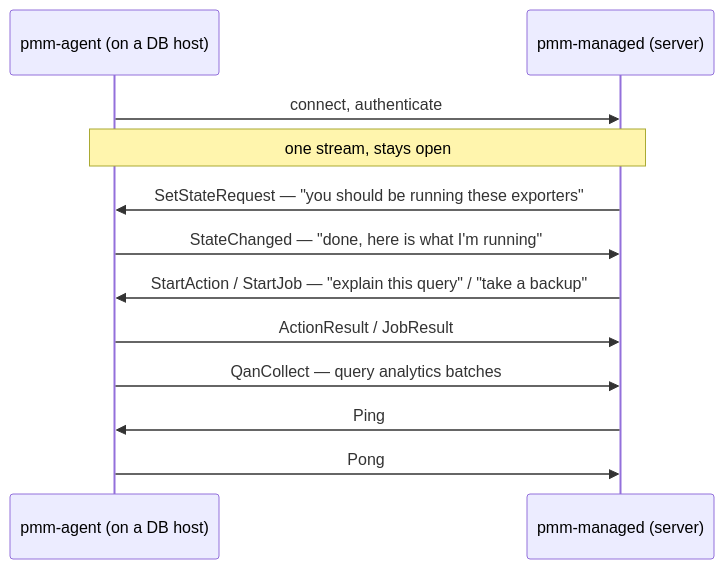
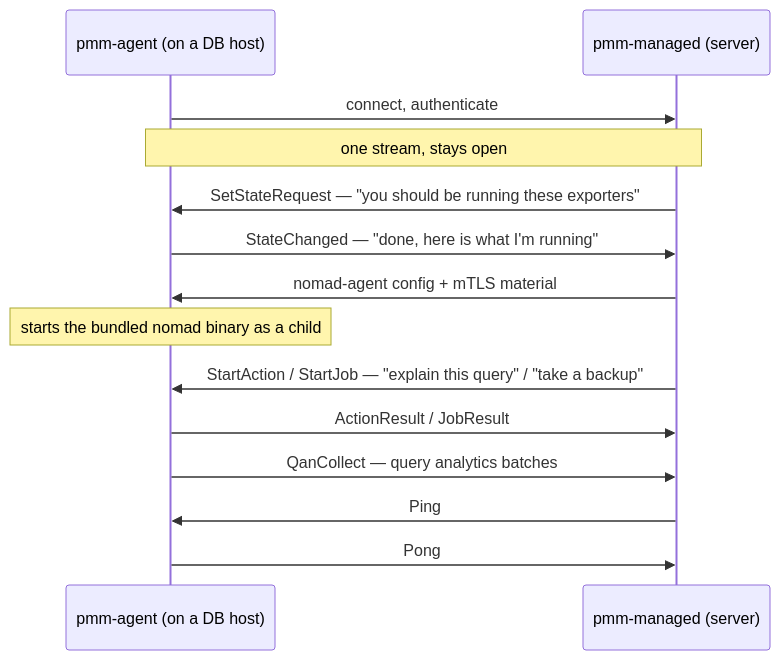
The sixth of 11 diagrams in docs/topology.md (Percona-Lab/pom-workspace), drawn with Mermaid before and after one commit. The commit also changed other lines of this file and 5 other files, not shown here.

````diff
--- a/docs/topology.md
+++ b/docs/topology.md
@@ -244,15 +432,17 @@
 ```mermaid
 sequenceDiagram
     participant A as pmm-agent (on a DB host)
     participant M as pmm-managed (server)
 
     A->>M: connect, authenticate
     Note over A,M: one stream, stays open
     M->>A: SetStateRequest — "you should be running these exporters"
     A->>M: StateChanged — "done, here is what I'm running"
+    M->>A: nomad-agent config + mTLS material
+    Note over A: starts the bundled nomad binary as a child
     M->>A: StartAction / StartJob — "explain this query" / "take a backup"
     A->>M: ActionResult / JobResult
     A->>M: QanCollect — query analytics batches
     M->>A: Ping
     A->>M: Pong
 ```
````
